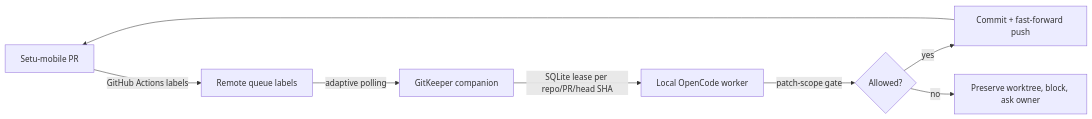
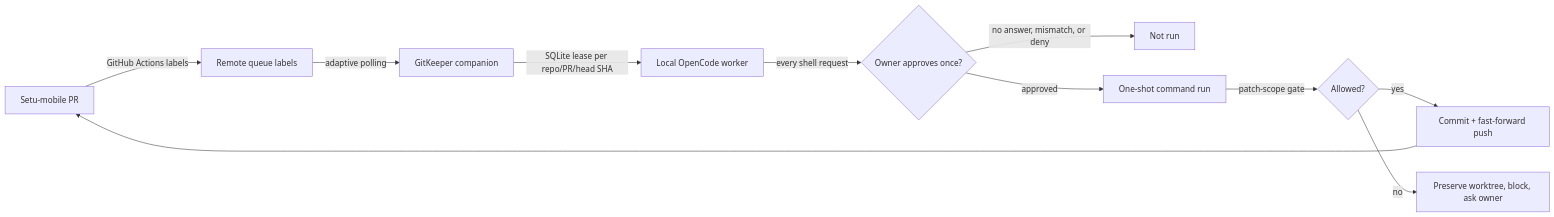
One commit to SumukhaK/GitKeeper changed the diagram in README.md. Above: the diagram before and after it, drawn with Mermaid. The commit also changed other lines of this file and 13 other files, not shown here.

First line of the commit message:
feat(host_mode): add one-shot command approval broker and overlay

````diff
--- a/README.md
+++ b/README.md
@@ -65,10 +68,13 @@
 ```mermaid
 flowchart LR
     PR[Setu-mobile PR] -->|GitHub Actions labels| Q[Remote queue labels]
     Q -->|adaptive polling| C[GitKeeper companion]
     C -->|SQLite lease per repo/PR/head SHA| W[Local OpenCode worker]
-    W -->|patch-scope gate| G{Allowed?}
+    W -->|every shell request| A{Owner approves once?}
+    A -->|no answer, mismatch, or deny| X[Not run]
+    A -->|approved| K[One-shot command run]
+    K -->|patch-scope gate| G{Allowed?}
     G -->|yes| P[Commit + fast-forward push]
     G -->|no| B[Preserve worktree, block, ask owner]
     P --> PR
 ```
````
